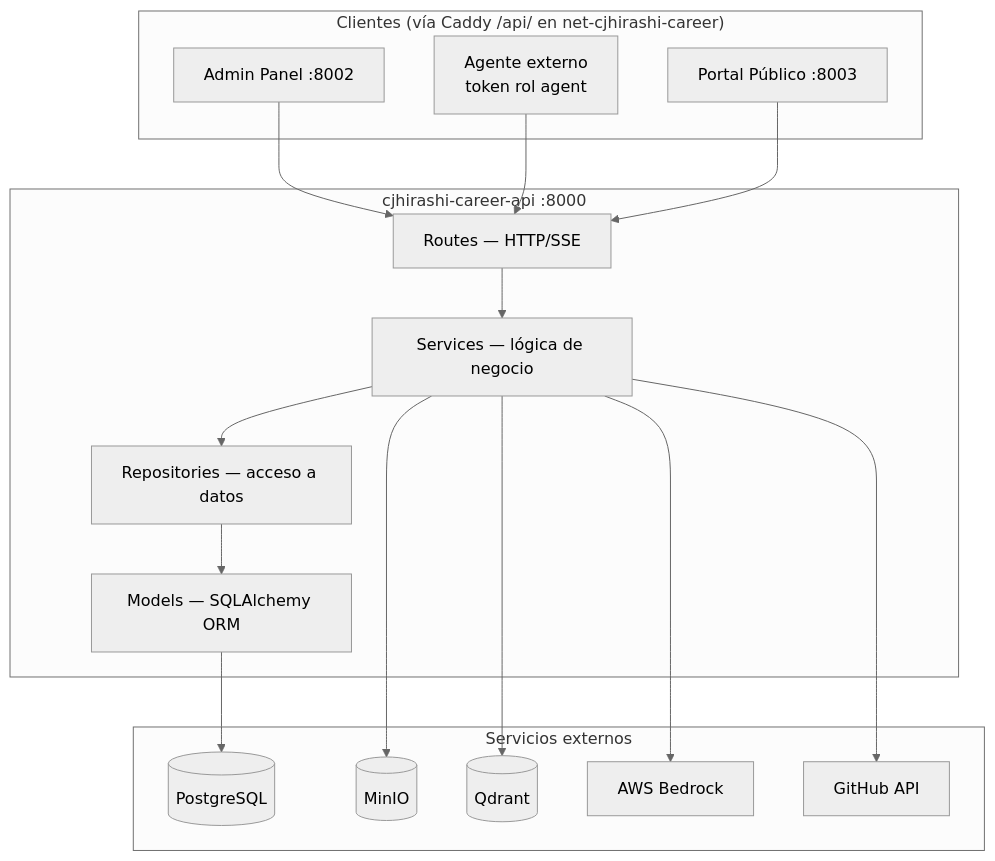
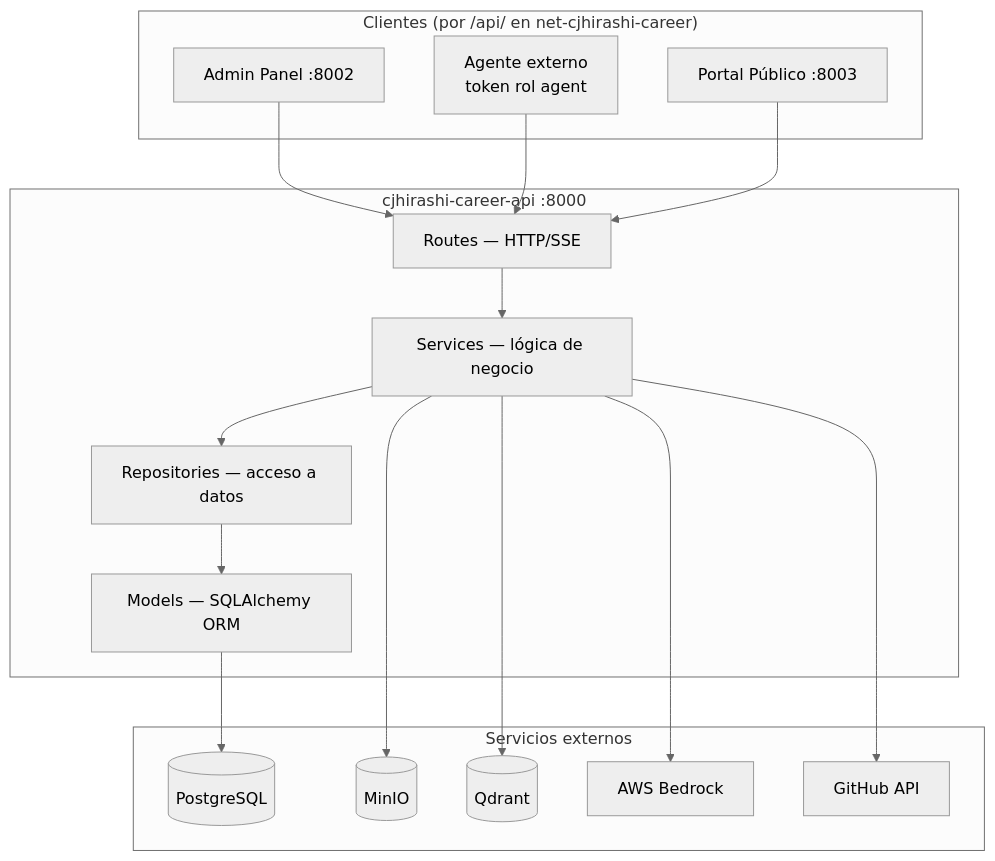
The first of 5 diagrams in cjhirashi-career-api/docs/ARCHITECTURE.md (cjhirashi/cjhirashi-career), drawn with Mermaid (neutral theme) before and after one commit. The commit also changed other lines of this file and 19 other files, not shown here.

````diff
--- a/cjhirashi-career-api/docs/ARCHITECTURE.md
+++ b/cjhirashi-career-api/docs/ARCHITECTURE.md
@@ -47,35 +47,35 @@
 ```mermaid
 graph TD
-    subgraph Clients["Clientes (vía Caddy /api/ en net-cjhirashi-career)"]
+    subgraph Clients["Clientes (por /api/ en net-cjhirashi-career)"]
         Admin[Admin Panel :8002]
         Portal[Portal Público :8003]
         Agent[Agente externo<br/>token rol agent]
     end
 
     subgraph API["cjhirashi-career-api :8000"]
         Routes[Routes — HTTP/SSE]
         Services[Services — lógica de negocio]
         Repos[Repositories — acceso a datos]
         Models[Models — SQLAlchemy ORM]
     end
 
     subgraph External["Servicios externos"]
         PG[(PostgreSQL)]
         MinIO[(MinIO)]
         Qdrant[(Qdrant)]
         AWS[AWS Bedrock]
         GH[GitHub API]
     end
 
     Admin --> Routes
     Agent --> Routes
     Portal --> Routes
     Routes --> Services
     Services --> Repos
     Repos --> Models
     Models --> PG
     Services --> MinIO
     Services --> Qdrant
     Services --> AWS
     Services --> GH
 ```
````
